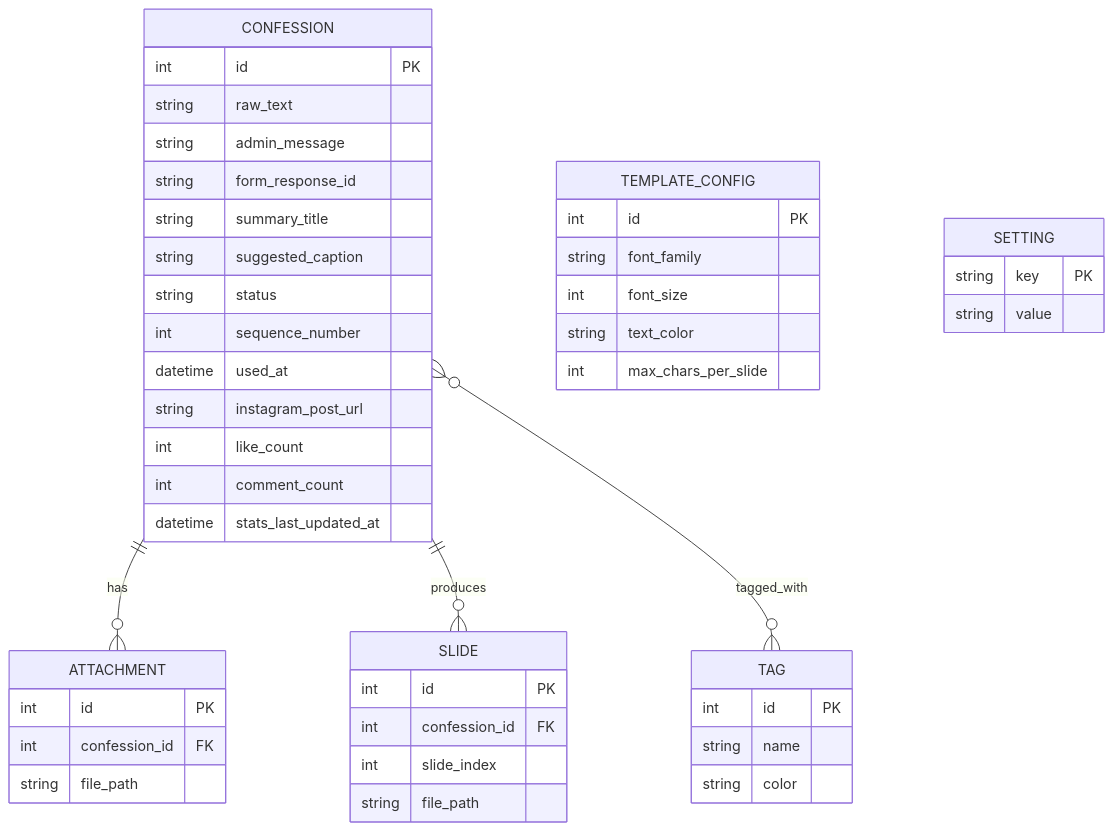
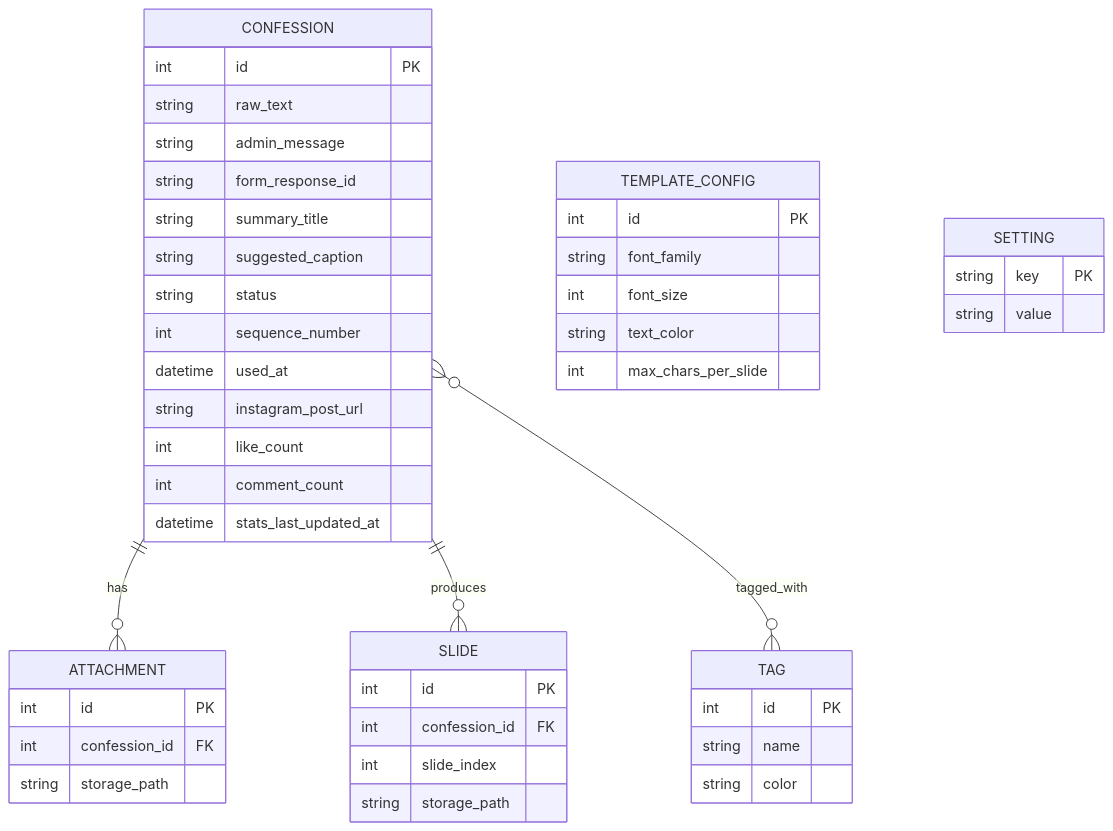
One commit to m-vanrompuy/confessor changed the first of 3 diagrams in README.md. Above: the diagram before and after it, drawn with Mermaid. The commit also changed other lines of this file and 1 other file, not shown here.

````diff
--- a/README.md
+++ b/README.md
@@ -53,48 +63,48 @@
 ```mermaid
 erDiagram
   CONFESSION ||--o{ ATTACHMENT : has
   CONFESSION ||--o{ SLIDE : produces
   CONFESSION }o--o{ TAG : tagged_with
   CONFESSION {
     int id PK
     string raw_text
     string admin_message
     string form_response_id
     string summary_title
     string suggested_caption
     string status
     int sequence_number
     datetime used_at
     string instagram_post_url
     int like_count
     int comment_count
     datetime stats_last_updated_at
   }
   ATTACHMENT {
     int id PK
     int confession_id FK
-    string file_path
+    string storage_path
   }
   TAG {
     int id PK
     string name
     string color
   }
   SLIDE {
     int id PK
     int confession_id FK
     int slide_index
-    string file_path
+    string storage_path
   }
   TEMPLATE_CONFIG {
     int id PK
     string font_family
     int font_size
     string text_color
     int max_chars_per_slide
   }
   SETTING {
     string key PK
     string value
   }
 ```
````
